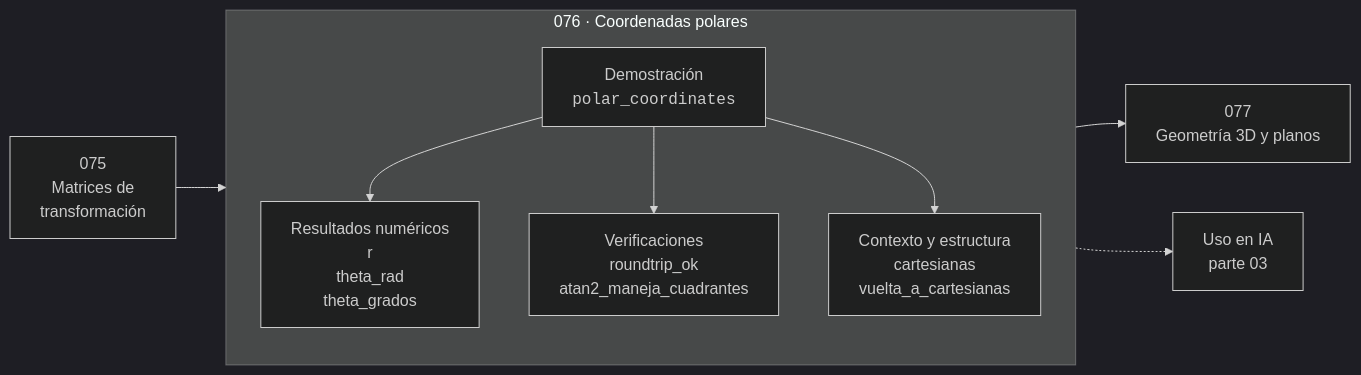
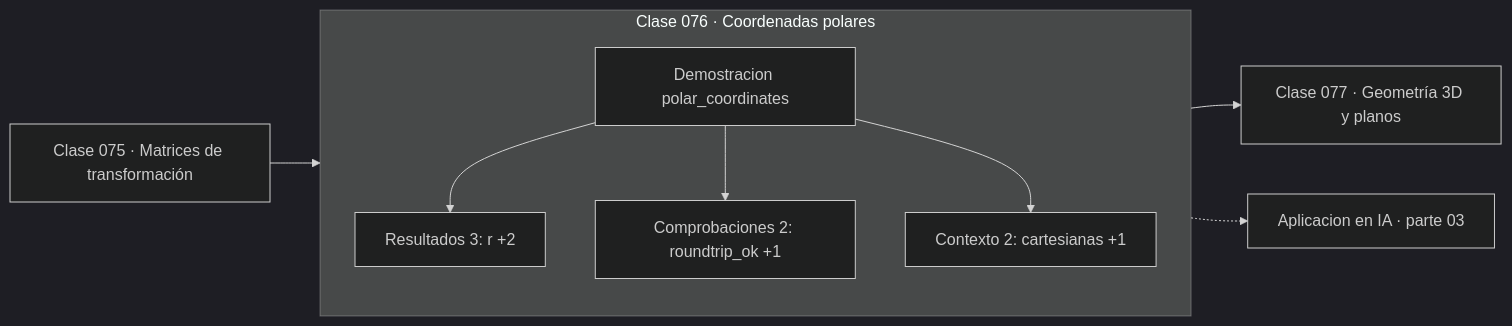
The diagram in classes/part-03-geometria-trigonometria-y-geometria-analitica/076-coordenadas-polares/README.md (vladimiracunadev-create/computational-mathematics-program), drawn with Mermaid (dark theme) before and after one commit. The commit also changed 389 other files, not shown here.

First line of the commit message:
fix(diagramas): elimina el HTML de las etiquetas Mermaid

````diff
--- a/classes/part-03-geometria-trigonometria-y-geometria-analitica/076-coordenadas-polares/README.md
+++ b/classes/part-03-geometria-trigonometria-y-geometria-analitica/076-coordenadas-polares/README.md
@@ -35,12 +35,13 @@
 ```mermaid
 flowchart LR
-    P["075<br/>Matrices de<br/>transformación"] --> C
-    subgraph C["076 · Coordenadas polares"]
+    P["Clase 075 · Matrices de transformación"] --> D
+    subgraph CLASE["Clase 076 · Coordenadas polares"]
         direction TB
-        D["Demostración<br/><code>polar_coordinates</code>"] --> R["Resultados numéricos<br/>r<br/>theta_rad<br/>theta_grados"]
-        D --> V["Verificaciones<br/>roundtrip_ok<br/>atan2_maneja_cuadrantes"]
-        D --> O["Contexto y estructura<br/>cartesianas<br/>vuelta_a_cartesianas"]
+        D["Demostracion polar_coordinates"]
+        D --> R["Resultados 3: r +2"]
+        D --> V["Comprobaciones 2: roundtrip_ok +1"]
+        D --> O["Contexto 2: cartesianas +1"]
     end
-    C --> N["077<br/>Geometría 3D y planos"]
-    C -.-> IA["Uso en IA<br/>parte 03"]
+    R --> N["Clase 077 · Geometría 3D y planos"]
+    V -.-> IA["Aplicacion en IA · parte 03"]
 ```
````
